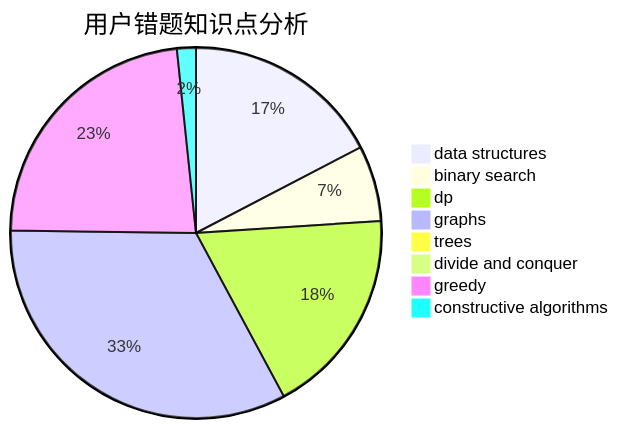
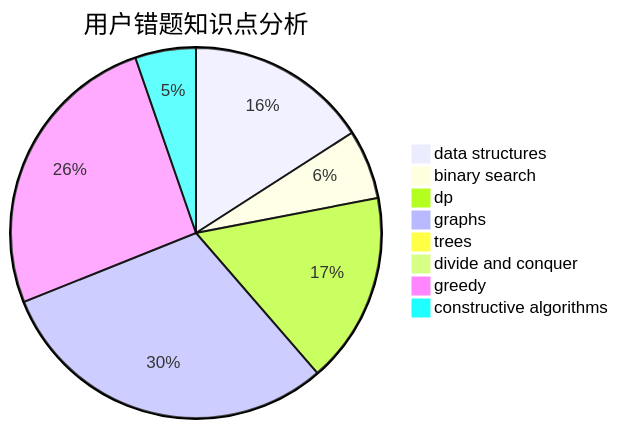
One commit to sherpahu/cfrs.github.io changed the third of 3 diagrams in docs/user/u1797.md. Above: the diagram before and after it, drawn with Mermaid. The commit also changed other lines of this file and 2770 other files, not shown here.

````diff
--- a/docs/user/u1797.md
+++ b/docs/user/u1797.md
@@ -36,11 +36,11 @@
 ```mermaid
 pie title 用户错题知识点分析
     "data structures" :  21
     "binary search" :  8
     "dp" :  22
     "graphs" :  40
     "trees" :  0
     "divide and conquer" :  0
-    "greedy" :  28
-    "constructive algorithms" :  2
+    "greedy" :  34
+    "constructive algorithms" :  7
 ```
````
